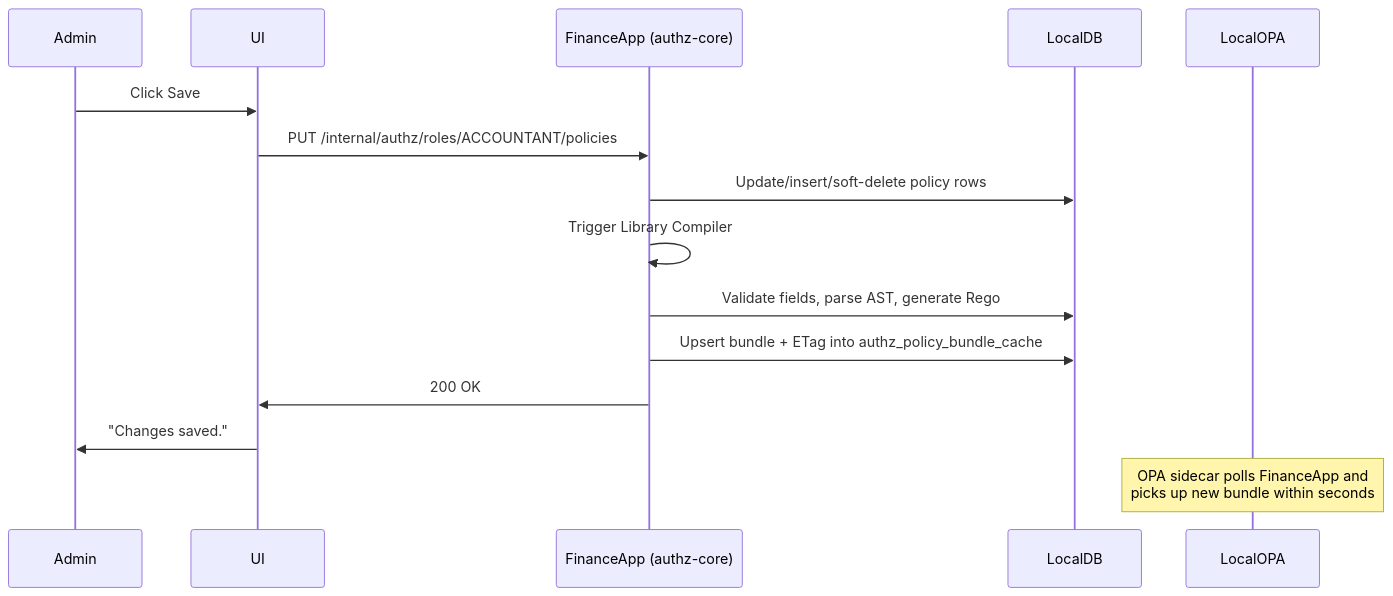
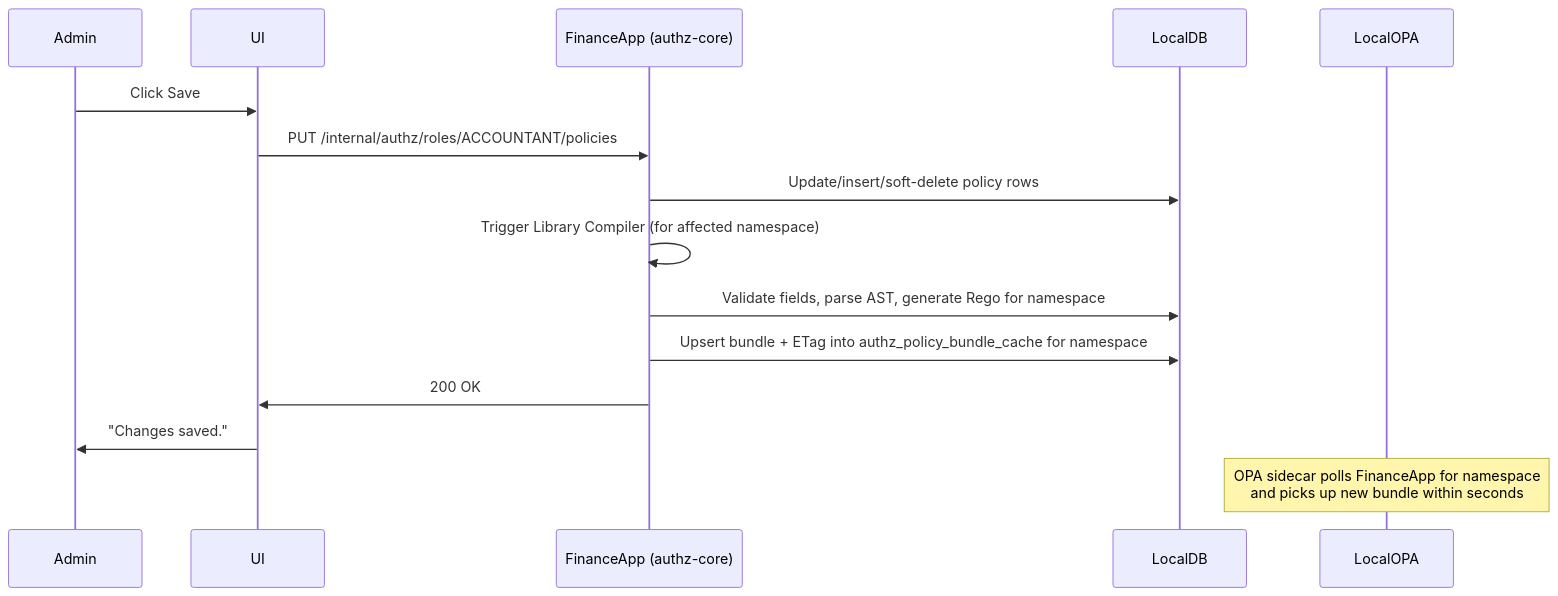
One commit to gopakumar-k-a-datamate/opa_integration_backend changed the diagram in 05-admin-ui-workflow.md. Above: the diagram before and after it, drawn with Mermaid. The commit also changed 4 other files, not shown here.

Commit message:
updated docs with namespace rego separation

````diff
--- a/05-admin-ui-workflow.md
+++ b/05-admin-ui-workflow.md
@@ -149,18 +149,18 @@
 ```mermaid
 sequenceDiagram
     participant Admin
     participant UI
     participant FinanceApp as FinanceApp (authz-core)
     participant LocalDB
     participant LocalOPA
  
     Admin->>UI: Click Save
     UI->>FinanceApp: PUT /internal/authz/roles/ACCOUNTANT/policies
     FinanceApp->>LocalDB: Update/insert/soft-delete policy rows
-    FinanceApp->>FinanceApp: Trigger Library Compiler
-    FinanceApp->>LocalDB: Validate fields, parse AST, generate Rego
-    FinanceApp->>LocalDB: Upsert bundle + ETag into authz_policy_bundle_cache
+    FinanceApp->>FinanceApp: Trigger Library Compiler (for affected namespace)
+    FinanceApp->>LocalDB: Validate fields, parse AST, generate Rego for namespace
+    FinanceApp->>LocalDB: Upsert bundle + ETag into authz_policy_bundle_cache for namespace
     FinanceApp->>UI: 200 OK
     UI->>Admin: "Changes saved."
-    Note over LocalOPA: OPA sidecar polls FinanceApp and<br/>picks up new bundle within seconds
+    Note over LocalOPA: OPA sidecar polls FinanceApp for namespace<br/>and picks up new bundle within seconds
 ```
````
